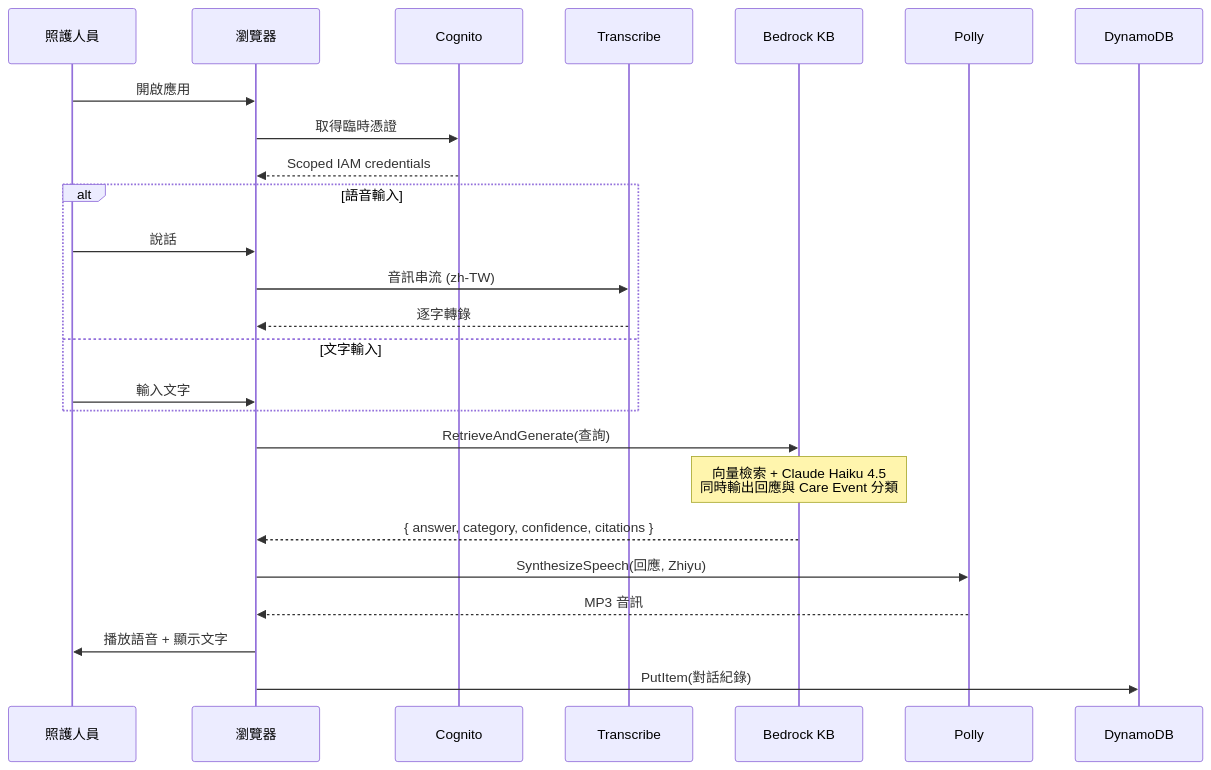
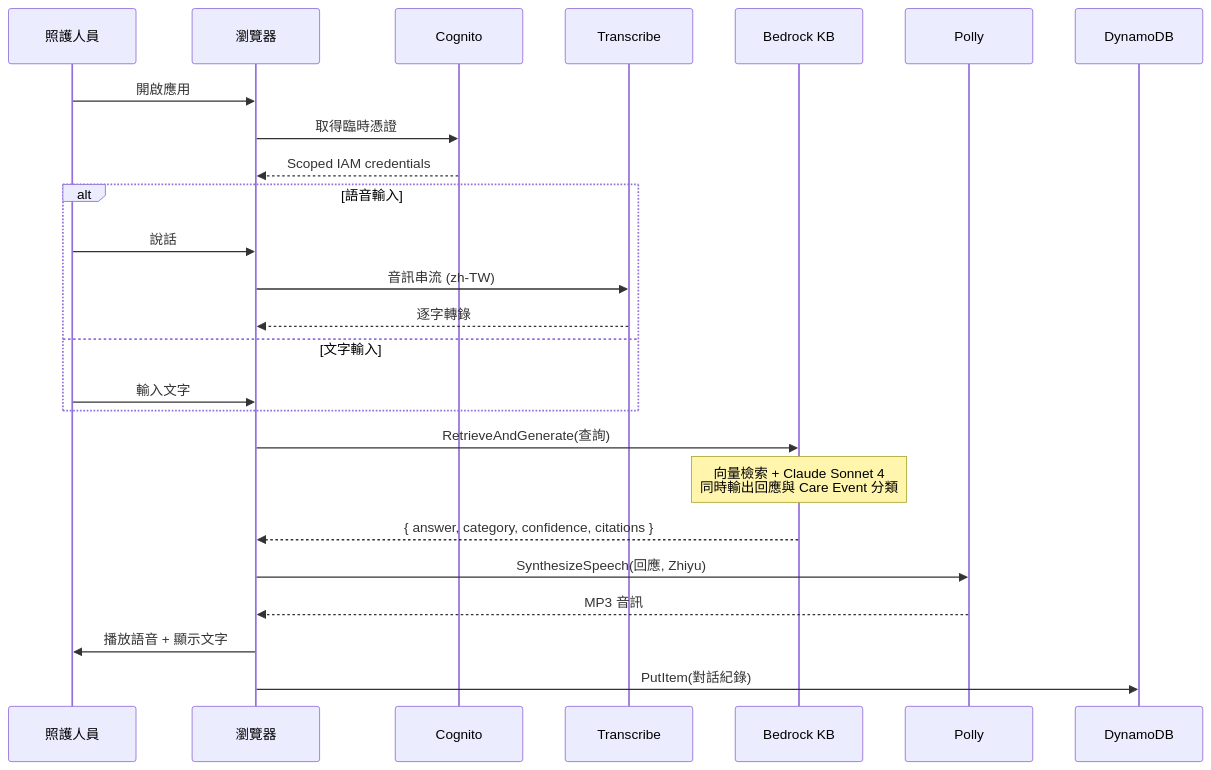
The second of 3 diagrams in docs/architecture.md (linjinhsien/Profit-Prophet), drawn with Mermaid before and after one commit. The commit also changed other lines of this file and 6 other files, not shown here.

First line of the commit message:
Update model from Claude Haiku 4.5 to Claude Sonnet 4

````diff
--- a/docs/architecture.md
+++ b/docs/architecture.md
@@ -70,32 +70,32 @@
 ```mermaid
 sequenceDiagram
     participant C as 照護人員
     participant B as 瀏覽器
     participant COG as Cognito
     participant T as Transcribe
     participant BR as Bedrock KB
     participant P as Polly
     participant D as DynamoDB
 
     C->>B: 開啟應用
     B->>COG: 取得臨時憑證
     COG-->>B: Scoped IAM credentials
 
     alt 語音輸入
         C->>B: 說話
         B->>T: 音訊串流 (zh-TW)
         T-->>B: 逐字轉錄
     else 文字輸入
         C->>B: 輸入文字
     end
 
     B->>BR: RetrieveAndGenerate(查詢)
-    Note over BR: 向量檢索 + Claude Haiku 4.5<br/>同時輸出回應與 Care Event 分類
+    Note over BR: 向量檢索 + Claude Sonnet 4<br/>同時輸出回應與 Care Event 分類
     BR-->>B: { answer, category, confidence, citations }
 
     B->>P: SynthesizeSpeech(回應, Zhiyu)
     P-->>B: MP3 音訊
     B->>C: 播放語音 + 顯示文字
 
     B->>D: PutItem(對話紀錄)
 ```
````
